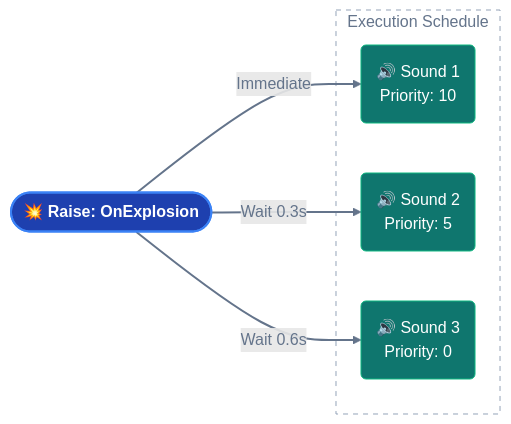
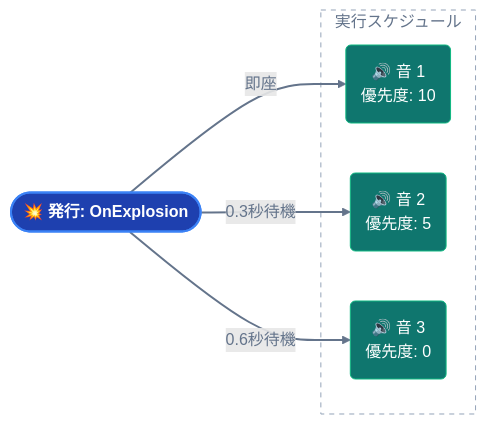
The fifth of 6 diagrams in i18n/ja/docusaurus-plugin-content-docs/current/game-event-system/flow-graph/game-event-node-behavior.md (tinygiants-tech/TinyGiants), drawn with Mermaid before and after one commit. The commit also changed other lines of this file and 81 other files, not shown here.

````diff
--- a/i18n/ja/docusaurus-plugin-content-docs/current/game-event-system/flow-graph/game-event-node-behavior.md
+++ b/i18n/ja/docusaurus-plugin-content-docs/current/game-event-system/flow-graph/game-event-node-behavior.md
@@ -534,22 +507,22 @@
 ```mermaid
 graph LR
 
-	ROOT(["💥 Raise: OnExplosion"]):::trigger
+	ROOT(["💥 発行: OnExplosion"]):::trigger
 
-    ROOT -->|Immediate| S1("🔊 Sound 1 <br/> Priority: 10"):::action
-    ROOT -->|Wait 0.3s| S2("🔊 Sound 2 <br/> Priority: 5"):::action
-    ROOT -->|Wait 0.6s| S3("🔊 Sound 3 <br/> Priority: 0"):::action
+    ROOT -->|即座| S1("🔊 音 1 <br/> 優先度: 10"):::action
+    ROOT -->|0.3秒待機| S2("🔊 音 2 <br/> 優先度: 5"):::action
+    ROOT -->|0.6秒待機| S3("🔊 音 3 <br/> 優先度: 0"):::action
 
-    subgraph Timeline ["Execution Schedule"]
+    subgraph Timeline ["実行スケジュール"]
     S1
     S2
     S3
     end
 
     classDef trigger fill:#1e40af,stroke:#3b82f6,stroke-width:2px,color:#ffffff,font-weight:bold
     classDef action fill:#0f766e,stroke:#10b981,stroke-width:1px,color:#ffffff
 
     style Timeline fill:none,stroke:#94a3b8,stroke-dasharray: 5 5,color:#64748b
     
     linkStyle default stroke:#64748b,stroke-width:2px,color:#64748b
 ```
````
